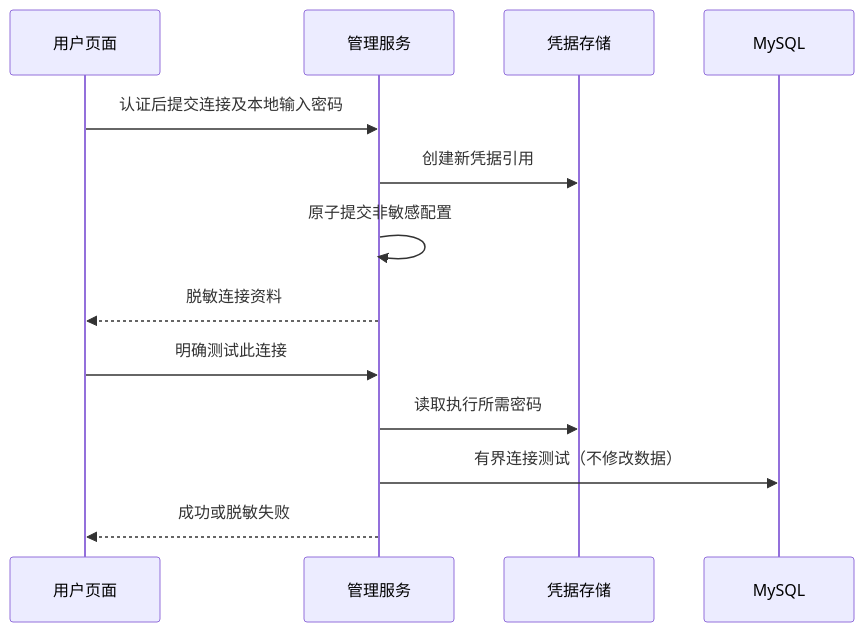
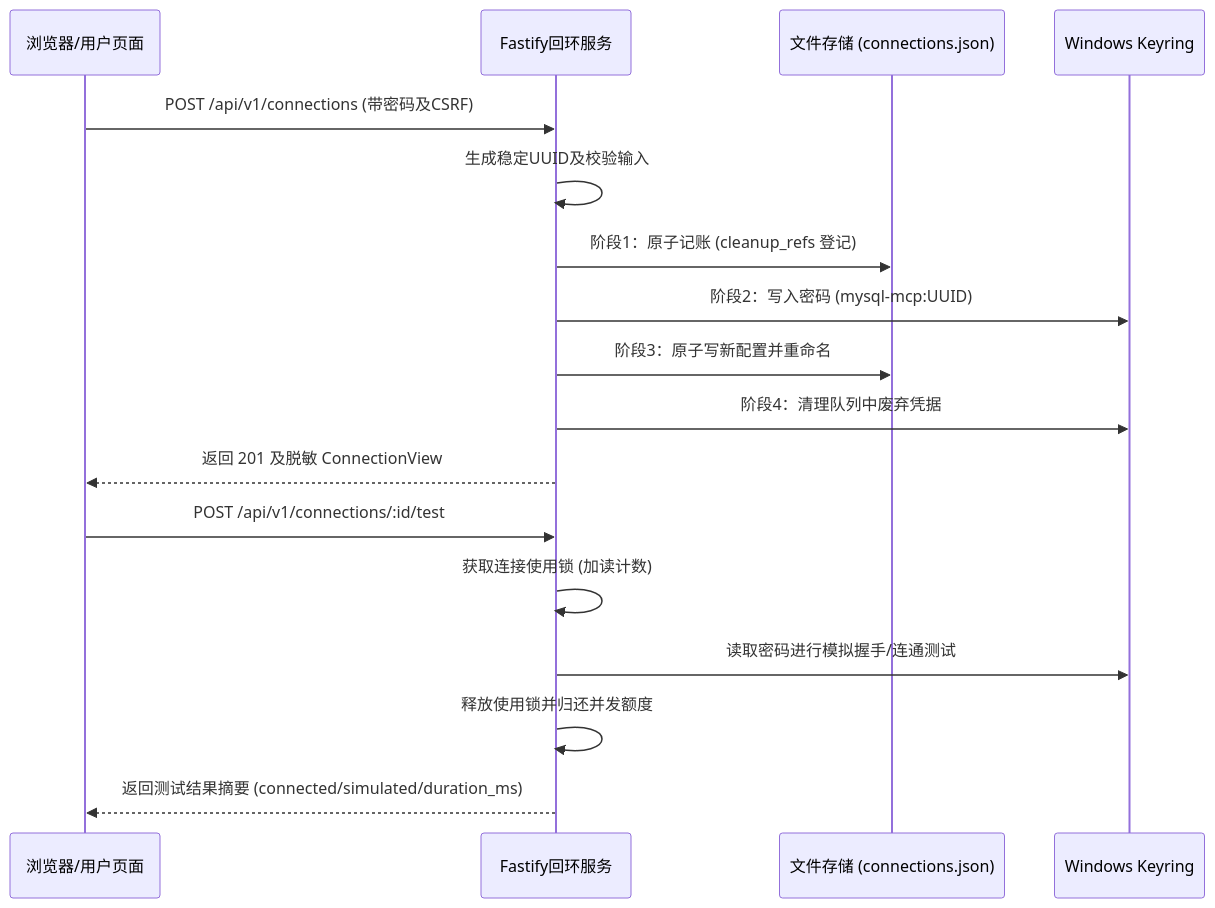
One commit to ArturiaGit/mysql-mcp changed the second of 3 diagrams in docs/ARCHITECTURE.md. Above: the diagram before and after it, drawn with Mermaid. The commit also changed other lines of this file and 22 other files, not shown here.

````diff
--- a/docs/ARCHITECTURE.md
+++ b/docs/ARCHITECTURE.md
@@ -42,15 +48,19 @@
 ```mermaid
 sequenceDiagram
-    participant U as 用户页面
-    participant H as 管理服务
-    participant K as 凭据存储
-    participant D as MySQL
-    U->>H: 认证后提交连接及本地输入密码
-    H->>K: 创建新凭据引用
-    H->>H: 原子提交非敏感配置
-    H-->>U: 脱敏连接资料
-    U->>H: 明确测试此连接
-    H->>K: 读取执行所需密码
-    H->>D: 有界连接测试（不修改数据）
-    H-->>U: 成功或脱敏失败
+    participant U as 浏览器/用户页面
+    participant S as Fastify回环服务
+    participant F as 文件存储 (connections.json)
+    participant K as Windows Keyring
+    U->>S: POST /api/v1/connections (带密码及CSRF)
+    S->>S: 生成稳定UUID及校验输入
+    S->>F: 阶段1：原子记账 (cleanup_refs 登记)
+    S->>K: 阶段2：写入密码 (mysql-mcp:UUID)
+    S->>F: 阶段3：原子写新配置并重命名
+    S->>K: 阶段4：清理队列中废弃凭据
+    S-->>U: 返回 201 及脱敏 ConnectionView
+    U->>S: POST /api/v1/connections/:id/test
+    S->>S: 获取连接使用锁 (加读计数)
+    S->>K: 读取密码进行模拟握手/连通测试
+    S->>S: 释放使用锁并归还并发额度
+    S-->>U: 返回测试结果摘要 (connected/simulated/duration_ms)
 ```
````
